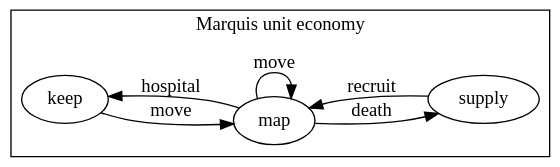
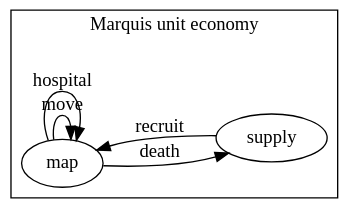
One commit to krawaller/root changed the diagram in diagrams/marquis-units.dot. Above: the diagram before and after it, drawn with Graphviz. The commit also changed 1 other file, not shown here.

```diff
--- a/diagrams/marquis-units.dot
+++ b/diagrams/marquis-units.dot
@@ -1,19 +1,17 @@
 digraph {
   rankdir = LR;
   bgcolor = transparent;
 
   subgraph cluster_marquisunits {
 
     label = "Marquis unit economy"
 
-    keep -> map [label="move"]
-
     map -> map [label="move"]
 
     map -> supply [label="death"]
 
-    map -> keep [label="hospital"]
+    map -> map [label="hospital"]
 
     supply -> map [label="recruit"]
   }
 }
```
